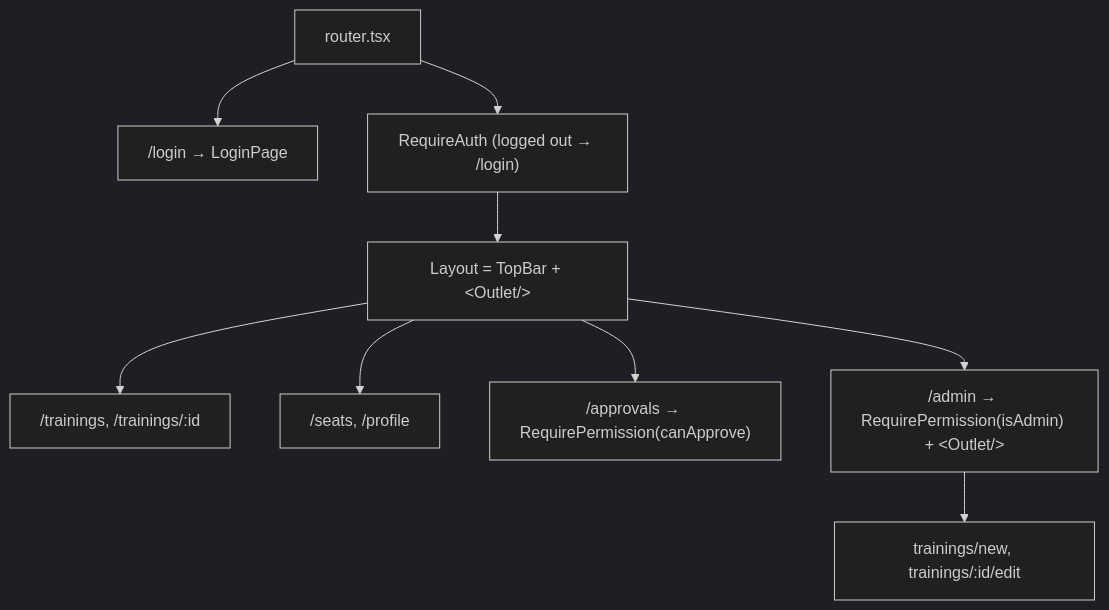
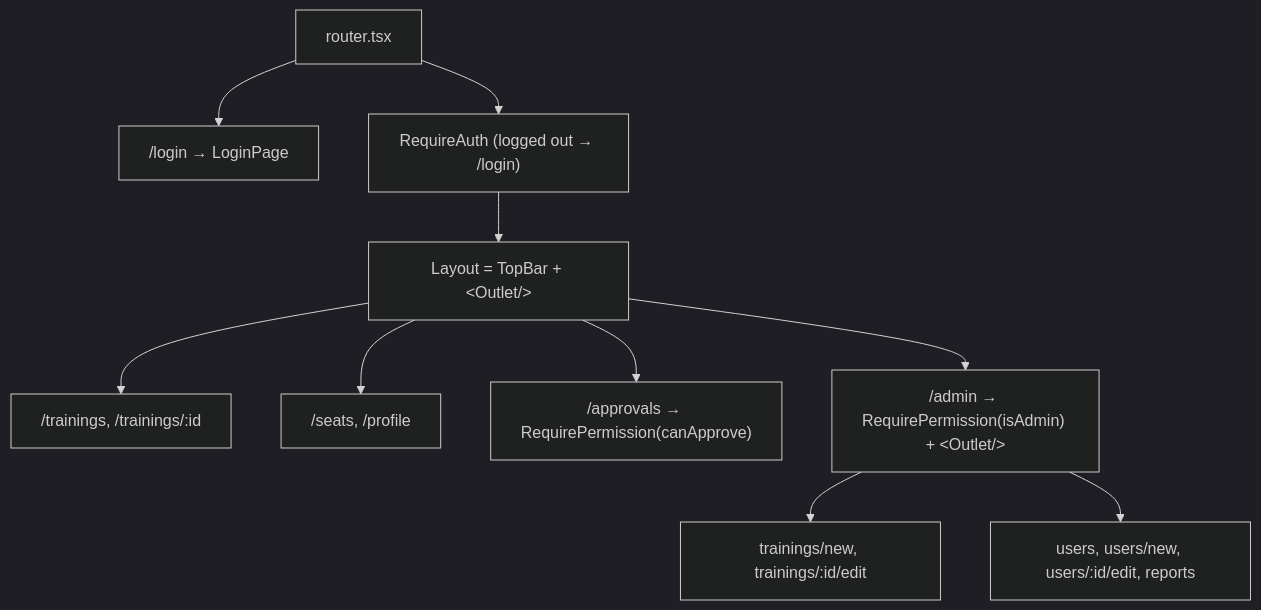
The third of 9 diagrams in Classroom.md (Cofinpro/praying-mantis-1), drawn with Mermaid (dark theme) before and after one commit. The commit also changed other lines of this file, not shown here.

Commit message:
Classroom part 3: uploads, downloads, waitlist state, cache surgery, reports, a11y

````diff
--- a/Classroom.md
+++ b/Classroom.md
@@ -108,11 +114,12 @@
 ```mermaid
 flowchart TD
   root["router.tsx"] --> login["/login → LoginPage"]
   root --> guard["RequireAuth (logged out → /login)"]
   guard --> layout["Layout = TopBar + &lt;Outlet/&gt;"]
   layout --> t["/trainings, /trainings/:id"]
   layout --> s["/seats, /profile"]
   layout --> ap["/approvals → RequirePermission(canApprove)"]
   layout --> adm["/admin → RequirePermission(isAdmin) + &lt;Outlet/&gt;"]
   adm --> nt["trainings/new, trainings/:id/edit"]
+  adm --> au["users, users/new, users/:id/edit, reports"]
 ```
````
